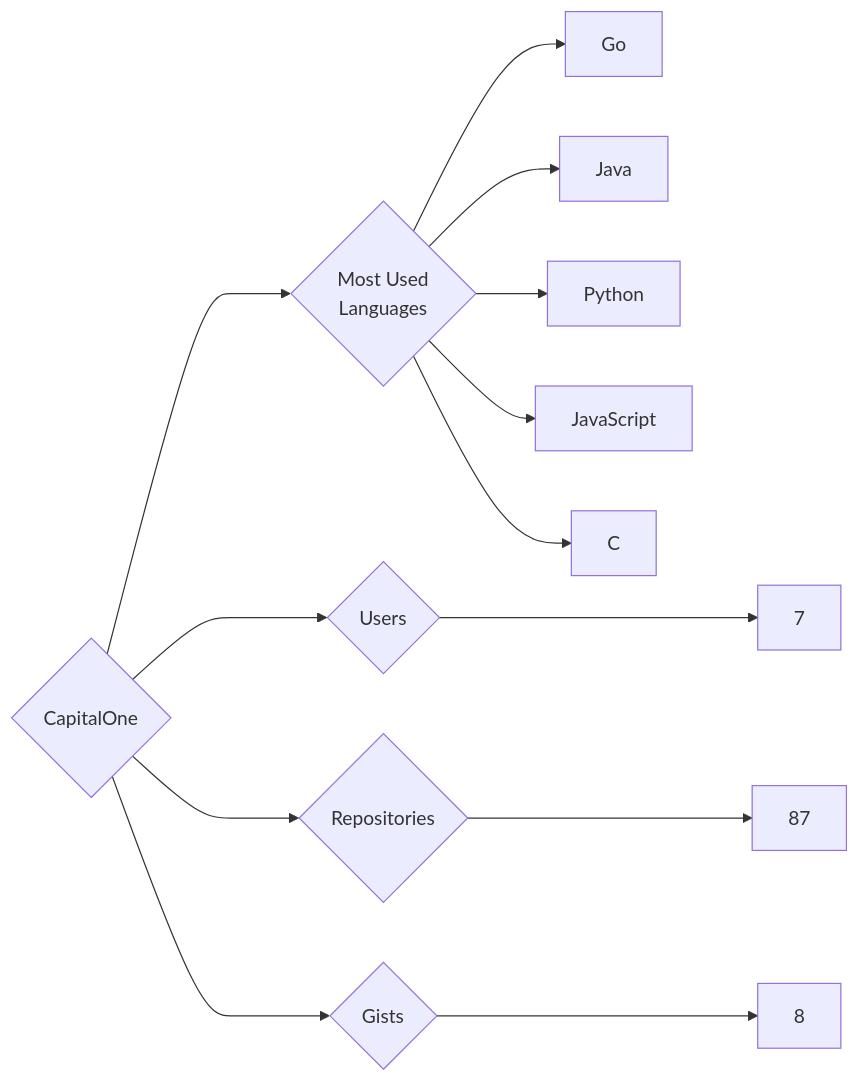
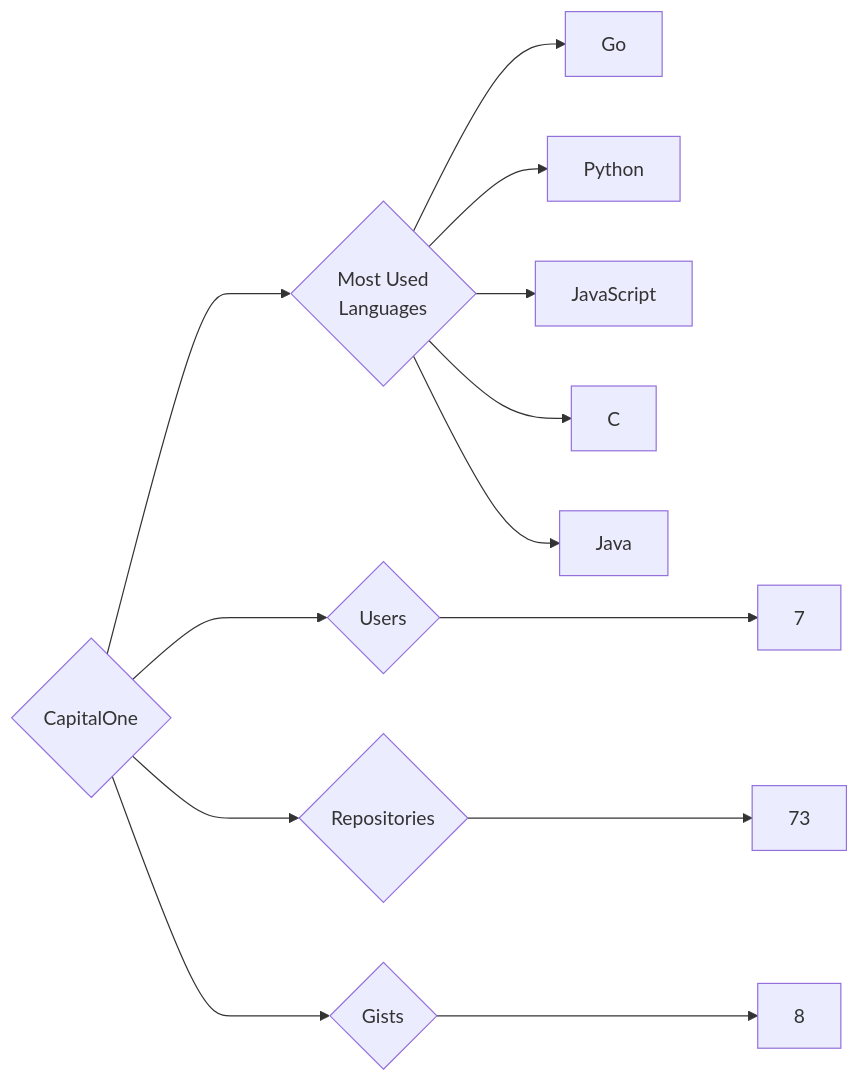
Before and after one commit to trickest/insiders: the diagram in targets/CapitalOne/README.md, drawn with Mermaid. The commit also changed 932 other files, not shown here.

````diff
--- a/targets/CapitalOne/README.md
+++ b/targets/CapitalOne/README.md
@@ -3,13 +3,13 @@
 ```mermaid
 graph LR
 COMPANY_NAME{CapitalOne}
 COMPANY_NAME ---> U{Users} ---> UN[7]
-COMPANY_NAME ---> R{Repositories} ---> RN[87]
+COMPANY_NAME ---> R{Repositories} ---> RN[73]
 COMPANY_NAME ---> G{Gists} ---> GN[8]
 COMPANY_NAME ---> ML{Most Used<br>Languages}
 ML --> Go[Go]
-ML --> Java[Java]
 ML --> Python[Python]
 ML --> JavaScript[JavaScript]
 ML --> C[C]
+ML --> Java[Java]
 ```
````
